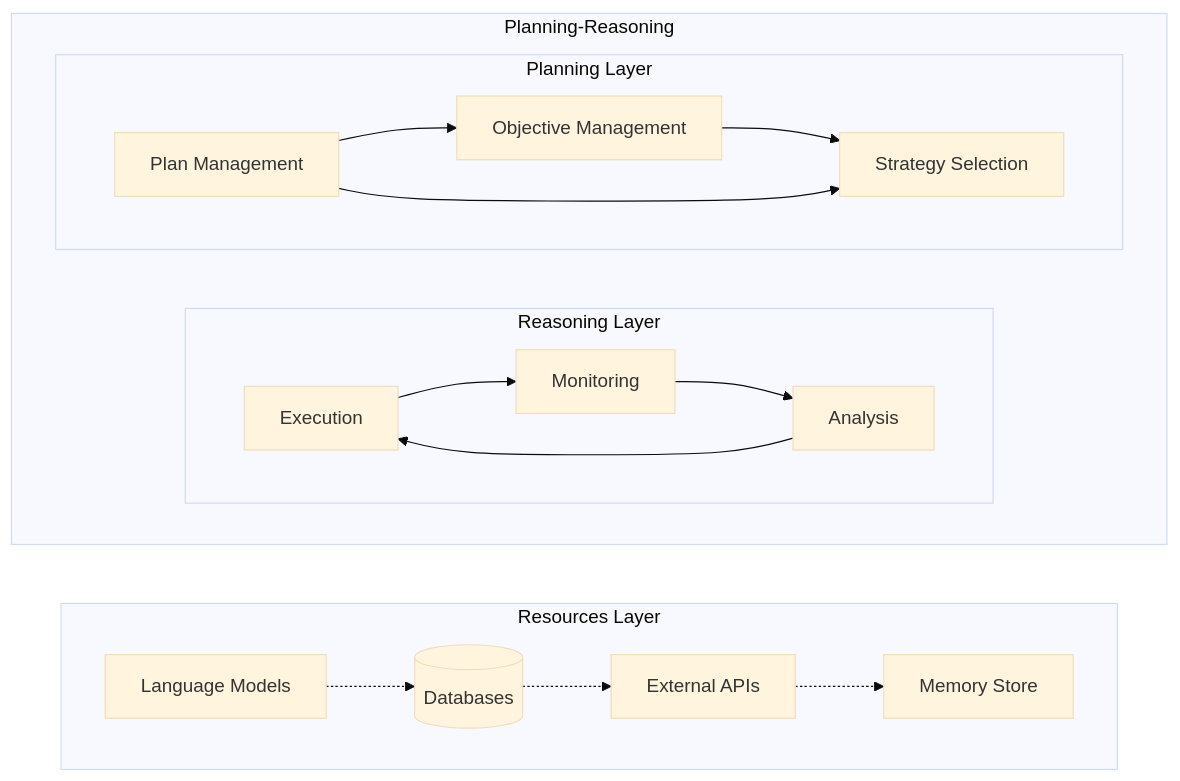
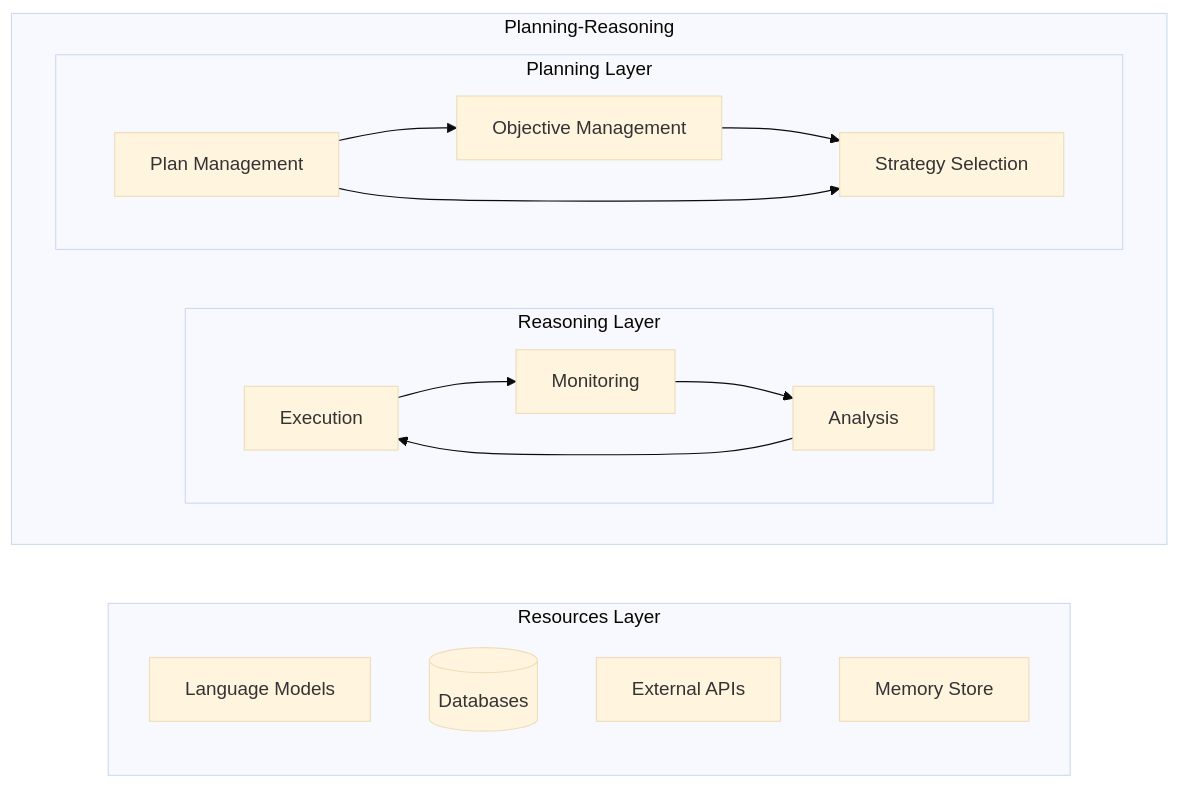
One commit to aitomatic/dana changed the first of 2 diagrams in dxa/agent/README.md. Above: the diagram before and after it, drawn with Mermaid (base theme). The commit also changed 8 other files, not shown here.

````diff
--- a/dxa/agent/README.md
+++ b/dxa/agent/README.md
@@ -30,35 +30,35 @@
 ```mermaid
 graph LR
 
     %% Resources Subgraph
     subgraph Resources Layer
-        direction LR
-        LLM[Language Models] -.->
-        DB[(Databases)] -.->
-        API[External APIs] -.->
+        direction TB
+        LLM[Language Models]
+        DB[(Databases)]
+        API[External APIs]
         MEM[Memory Store]
     end
 
     %% Planning-Reasoning Subgraph
     subgraph Planning-Reasoning
         direction LR
 
         %% Reasoning Layer Subgraph
         subgraph Reasoning Layer
             direction LR
             E[Execution] --> M[Monitoring]
             M --> A[Analysis]
             A --> E
         end
 
         %% Planning Layer Subgraph
         subgraph Planning Layer
             direction LR
             P[Plan Management] --> O[Objective Management]
             O --> S[Strategy Selection]
             P --> S
         end
  
 
     end
 ```
````
